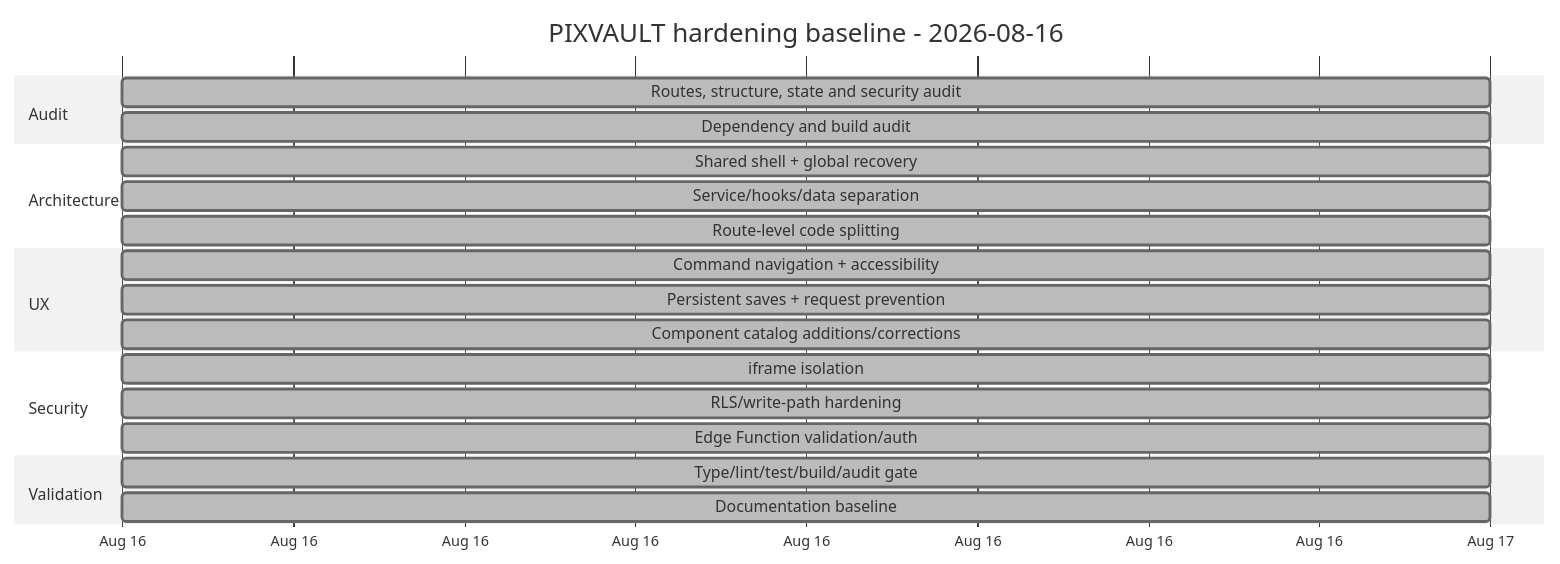
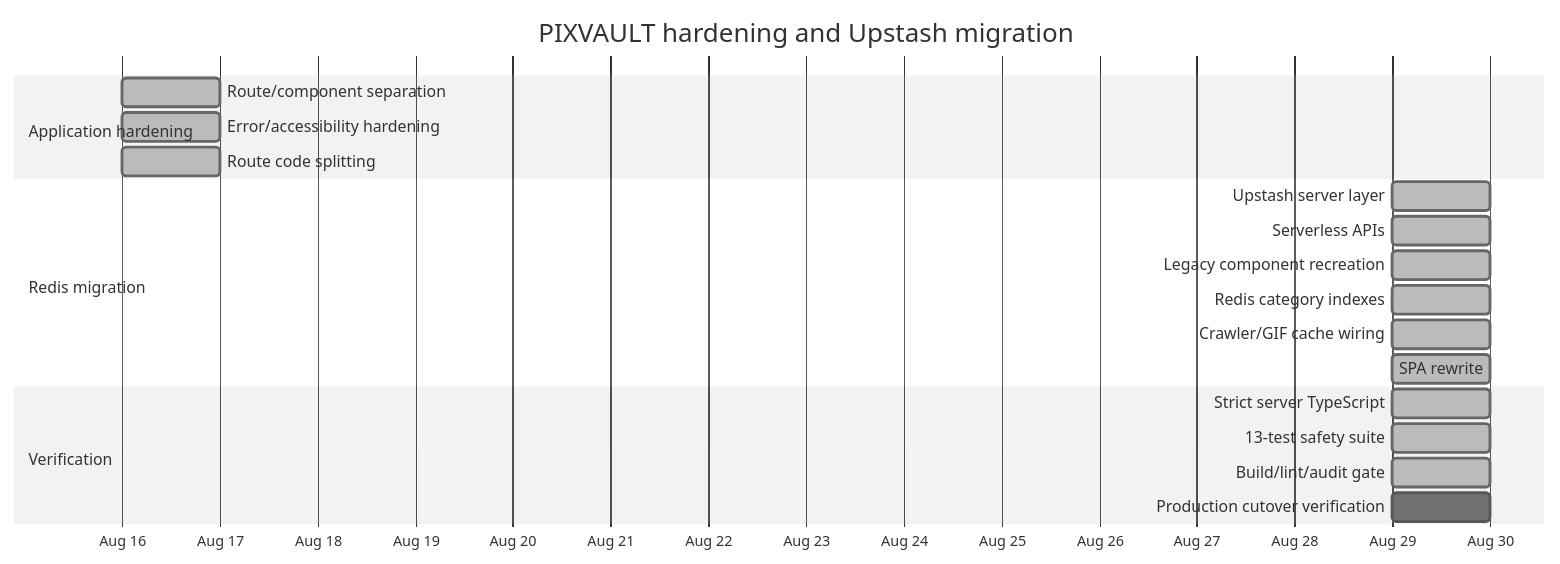
The fourth of 4 diagrams in DOCUMENTATION.md (DominceAseberos/live-pixvault), drawn with Mermaid (neutral theme) before and after one commit. The commit also changed other lines of this file and 26 other files, not shown here.

Commit message:
migrate-pixvault-to-upstash-and-rebuild-component-library

````diff
--- a/DOCUMENTATION.md
+++ b/DOCUMENTATION.md
@@ -412,29 +705,25 @@
 ```mermaid
 gantt
-  title PIXVAULT hardening baseline - 2026-08-16
+  title PIXVAULT hardening and Upstash migration
   dateFormat  YYYY-MM-DD
   axisFormat  %b %d
 
-  section Audit
-  Routes, structure, state and security audit :done, audit, 2026-08-16, 1d
-  Dependency and build audit                :done, deps, 2026-08-16, 1d
+  section Application hardening
+  Route/component separation       :done, 2026-08-16, 1d
+  Error/accessibility hardening    :done, 2026-08-16, 1d
+  Route code splitting             :done, 2026-08-16, 1d
 
-  section Architecture
-  Shared shell + global recovery             :done, arch1, 2026-08-16, 1d
-  Service/hooks/data separation              :done, arch2, 2026-08-16, 1d
-  Route-level code splitting                 :done, arch3, 2026-08-16, 1d
+  section Redis migration
+  Upstash server layer             :done, 2026-08-29, 1d
+  Serverless APIs                  :done, 2026-08-29, 1d
+  Legacy component recreation      :done, 2026-08-29, 1d
+  Redis category indexes           :done, 2026-08-29, 1d
+  Crawler/GIF cache wiring         :done, 2026-08-29, 1d
+  SPA rewrite                      :done, 2026-08-29, 1d
 
-  section UX
-  Command navigation + accessibility         :done, ux1, 2026-08-16, 1d
-  Persistent saves + request prevention      :done, ux2, 2026-08-16, 1d
-  Component catalog additions/corrections    :done, ux3, 2026-08-16, 1d
-
-  section Security
-  iframe isolation                           :done, sec1, 2026-08-16, 1d
-  RLS/write-path hardening                   :done, sec2, 2026-08-16, 1d
-  Edge Function validation/auth              :done, sec3, 2026-08-16, 1d
-
-  section Validation
-  Type/lint/test/build/audit gate             :done, gate, 2026-08-16, 1d
-  Documentation baseline                      :done, docs, 2026-08-16, 1d
+  section Verification
+  Strict server TypeScript         :done, 2026-08-29, 1d
+  13-test safety suite             :done, 2026-08-29, 1d
+  Build/lint/audit gate            :done, 2026-08-29, 1d
+  Production cutover verification  :2026-08-29, 1d
 ```
````
